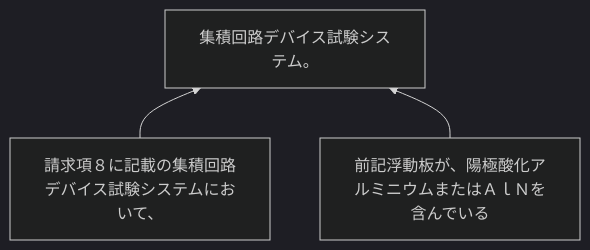
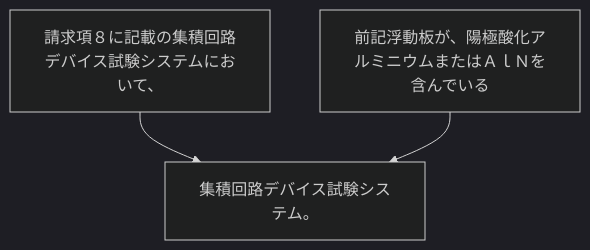
One commit to shinmori55/patent_analyzed changed the diagram in 2024/JP2024023283A/claim_12/README.md. Above: the diagram before and after it, drawn with Mermaid (dark theme). The commit also changed 336 other files, not shown here.

````diff
--- a/2024/JP2024023283A/claim_12/README.md
+++ b/2024/JP2024023283A/claim_12/README.md
@@ -3,8 +3,8 @@
 ```mermaid
-flowchart BT
-C[集積回路デバイス試験システム。]
+flowchart TD
 A[請求項８に記載の集積回路デバイス試験システムにおいて、]
 B[前記浮動板が、陽極酸化アルミニウムまたはＡｌＮを含んでいる]
+C[集積回路デバイス試験システム。]
 A --> C
 B --> C
 ```
````
